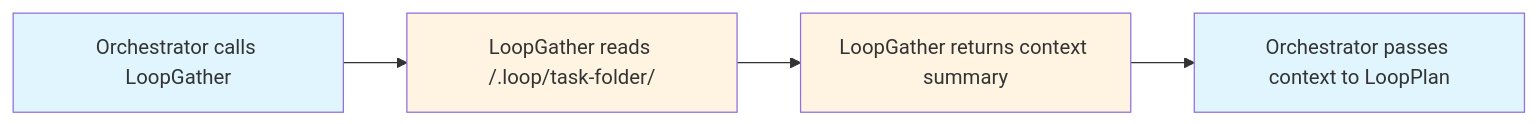
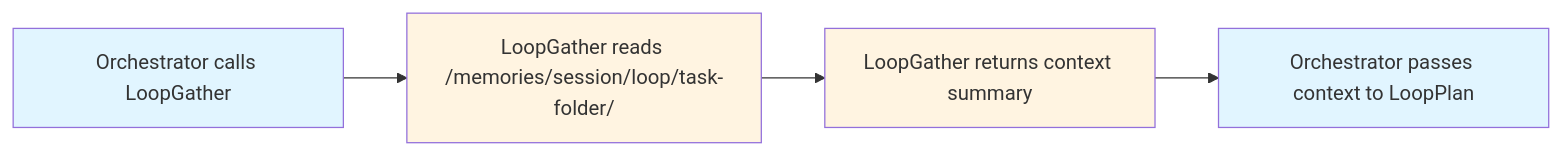
The fourth of 4 diagrams in README.md (digitarald/loop-agent), drawn with Mermaid before and after one commit. The commit also changed other lines of this file and 9 other files, not shown here.

Commit message:
docs: align README thesis with actual agent flow, add visual verification and model tier routing

````diff
--- a/README.md
+++ b/README.md
@@ -280,11 +280,11 @@
 ```mermaid
 flowchart LR
-    A[Orchestrator calls LoopGather] --> B["LoopGather reads /.loop/task-folder/"]
+    A[Orchestrator calls LoopGather] --> B["LoopGather reads /memories/session/loop/task-folder/"]
     B --> C[LoopGather returns context summary]
     C --> D[Orchestrator passes context to LoopPlan]
     
     style A fill:#e1f5ff
     style B fill:#fff4e1
     style C fill:#fff4e1
     style D fill:#e1f5ff
 ```
````
